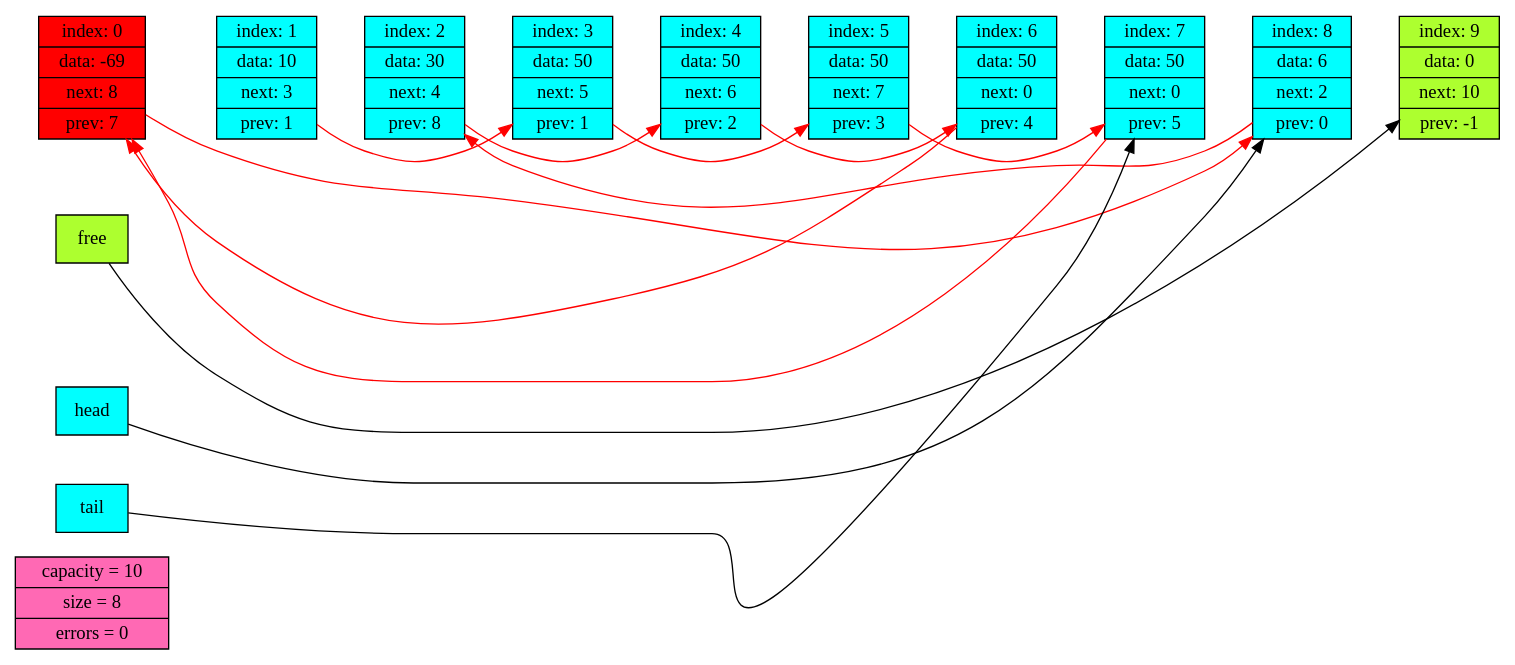
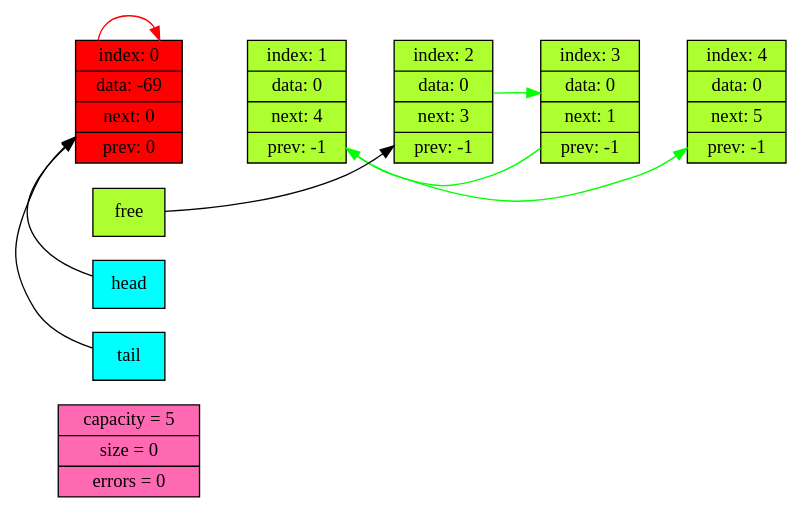
Before and after one commit to egor7531/List: the diagram in Dump.dot, drawn with Graphviz. The commit also changed 8 other files, not shown here.

Commit message:
delete head and tail

```diff
--- a/Dump.dot
+++ b/Dump.dot
@@ -1,33 +1,23 @@
 digraph G
 {
 rankdir = LR;
 node [style = "filled", shape = "record", color = "#000000"];
-info [fillcolor = "#FF69B4", label =  " capacity = 10 | size = 8 | errors = 0 "];
-node0 -> node1 -> node2 -> node3 -> node4 -> node5 -> node6 -> node7 -> node8 -> node9 [style = "invis"];
+info [fillcolor = "#FF69B4", label =  " capacity = 5 | size = 0 | errors = 0 "];
+node0 -> node1 -> node2 -> node3 -> node4 [style = "invis"];
 free [shape = "rect" fillcolor = "#ADFF2F"];
 head [shape = "rect" fillcolor = "#00FFFF"];
 tail [shape = "rect" fillcolor = "#00FFFF"];
-node0 [fillcolor = "#FF0000", label =  " index: 0 | data: -69 | <next> next: 8 | <prev> prev: 7 "];
-node1 [fillcolor = "#00FFFF", label =  " index: 1 | data: 10 | <next> next: 3 | <prev> prev: 1 "];
-node2 [fillcolor = "#00FFFF", label =  " index: 2 | data: 30 | <next> next: 4 | <prev> prev: 8 "];
-node3 [fillcolor = "#00FFFF", label =  " index: 3 | data: 50 | <next> next: 5 | <prev> prev: 1 "];
-node4 [fillcolor = "#00FFFF", label =  " index: 4 | data: 50 | <next> next: 6 | <prev> prev: 2 "];
-node5 [fillcolor = "#00FFFF", label =  " index: 5 | data: 50 | <next> next: 7 | <prev> prev: 3 "];
-node6 [fillcolor = "#00FFFF", label =  " index: 6 | data: 50 | <next> next: 0 | <prev> prev: 4 "];
-node7 [fillcolor = "#00FFFF", label =  " index: 7 | data: 50 | <next> next: 0 | <prev> prev: 5 "];
-node8 [fillcolor = "#00FFFF", label =  " index: 8 | data: 6 | <next> next: 2 | <prev> prev: 0 "];
-node9 [fillcolor = "#ADFF2F", label =  " index: 9 | data: 0 | <next> next: 10 | <prev> prev: -1 "];
+node0 [fillcolor = "#FF0000", label =  " index: 0 | data: -69 | <next> next: 0 | <prev> prev: 0 "];
+node1 [fillcolor = "#ADFF2F", label =  " index: 1 | data: 0 | <next> next: 4 | <prev> prev: -1 "];
+node2 [fillcolor = "#ADFF2F", label =  " index: 2 | data: 0 | <next> next: 3 | <prev> prev: -1 "];
+node3 [fillcolor = "#ADFF2F", label =  " index: 3 | data: 0 | <next> next: 1 | <prev> prev: -1 "];
+node4 [fillcolor = "#ADFF2F", label =  " index: 4 | data: 0 | <next> next: 5 | <prev> prev: -1 "];
 edge [style = "solid", constraint = false];
-free -> node9 [color = "#000000"];
-head -> node8 [color = "#000000"];
-tail -> node7 [color = "#000000"];
-node0 -> node8 [color = "#FF0000"];
-node1 -> node3 [color = "#FF0000"];
-node2 -> node4 [color = "#FF0000"];
-node3 -> node5 [color = "#FF0000"];
-node4 -> node6 [color = "#FF0000"];
-node5 -> node7 [color = "#FF0000"];
-node6 -> node0 [color = "#FF0000"];
-node7 -> node0 [color = "#FF0000"];
-node8 -> node2 [color = "#FF0000"];
+free -> node2 [color = "#000000"];
+head -> node0 [color = "#000000"];
+tail -> node0 [color = "#000000"];
+node0 -> node0 [color = "#FF0000"];
+node1 -> node4 [color = "#00FF00"];
+node2 -> node3 [color = "#00FF00"];
+node3 -> node1 [color = "#00FF00"];
 }
```
